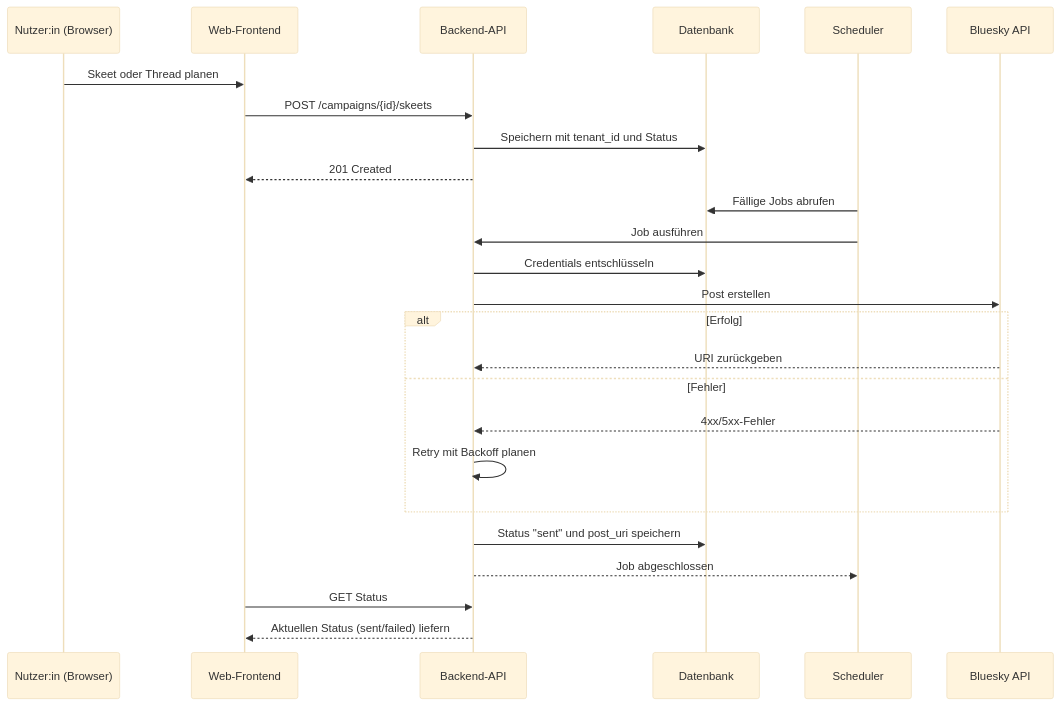
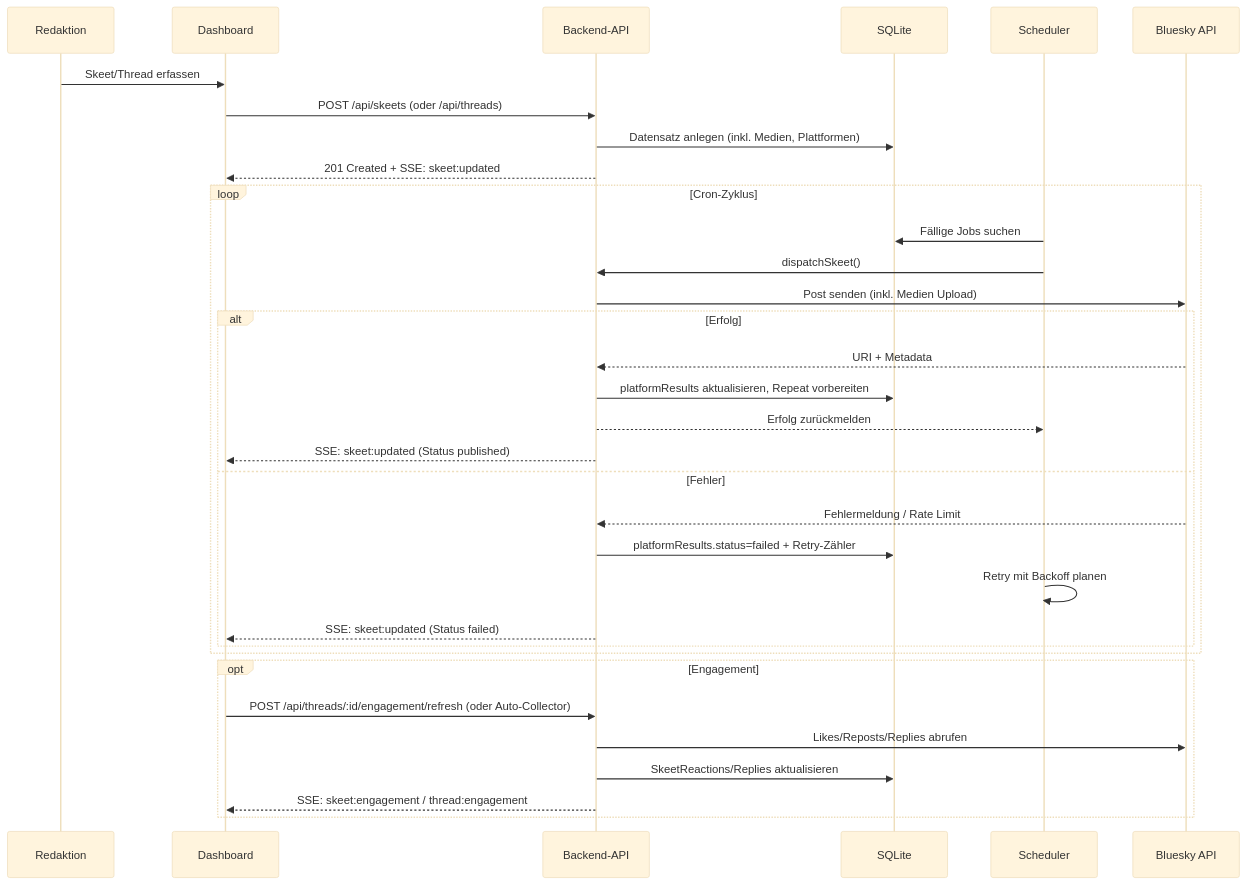
One commit to mkueper/BSky-Kampagnen-Bot changed the diagram in docs/diagramme/datenfluss.md. Above: the diagram before and after it, drawn with Mermaid (base theme). The commit also changed 15 other files, not shown here.

Commit message:
docs: aktualisierte Projekt und API-Dokumentation

````diff
--- a/docs/diagramme/datenfluss.md
+++ b/docs/diagramme/datenfluss.md
@@ -5,29 +5,38 @@
 ```mermaid
 sequenceDiagram
-  participant U as Nutzer:in (Browser)
-  participant FE as Web-Frontend
+  participant User as Redaktion
+  participant FE as Dashboard
   participant BE as Backend-API
-  participant DB as Datenbank
+  participant DB as SQLite
   participant SCH as Scheduler
   participant BSKY as Bluesky API
 
-  U->>FE: Skeet oder Thread planen
-  FE->>BE: POST /campaigns/{id}/skeets
-  BE->>DB: Speichern mit tenant_id und Status
-  BE-->>FE: 201 Created
+  User->>FE: Skeet/Thread erfassen
+  FE->>BE: POST /api/skeets (oder /api/threads)
+  BE->>DB: Datensatz anlegen (inkl. Medien, Plattformen)
+  BE-->>FE: 201 Created + SSE: skeet:updated
 
-  SCH->>DB: Fällige Jobs abrufen
-  SCH->>BE: Job ausführen
-  BE->>DB: Credentials entschlüsseln
-  BE->>BSKY: Post erstellen
-  alt Erfolg
-    BSKY-->>BE: URI zurückgeben
-  else Fehler
-    BSKY-->>BE: 4xx/5xx-Fehler
-    BE->>BE: Retry mit Backoff planen
+  loop Cron-Zyklus
+    SCH->>DB: Fällige Jobs suchen
+    SCH->>BE: dispatchSkeet()
+    BE->>BSKY: Post senden (inkl. Medien Upload)
+    alt Erfolg
+      BSKY-->>BE: URI + Metadata
+      BE->>DB: platformResults aktualisieren, Repeat vorbereiten
+      BE-->>SCH: Erfolg zurückmelden
+      BE-->>FE: SSE: skeet:updated (Status published)
+    else Fehler
+      BSKY-->>BE: Fehlermeldung / Rate Limit
+      BE->>DB: platformResults.status=failed + Retry-Zähler
+      SCH->>SCH: Retry mit Backoff planen
+      BE-->>FE: SSE: skeet:updated (Status failed)
+    end
   end
-  BE->>DB: Status "sent" und post_uri speichern
-  BE-->>SCH: Job abgeschlossen
-  FE->>BE: GET Status
-  BE-->>FE: Aktuellen Status (sent/failed) liefern
+
+  opt Engagement
+    FE->>BE: POST /api/threads/:id/engagement/refresh (oder Auto-Collector)
+    BE->>BSKY: Likes/Reposts/Replies abrufen
+    BE->>DB: SkeetReactions/Replies aktualisieren
+    BE-->>FE: SSE: skeet:engagement / thread:engagement
+  end
 ```
````
